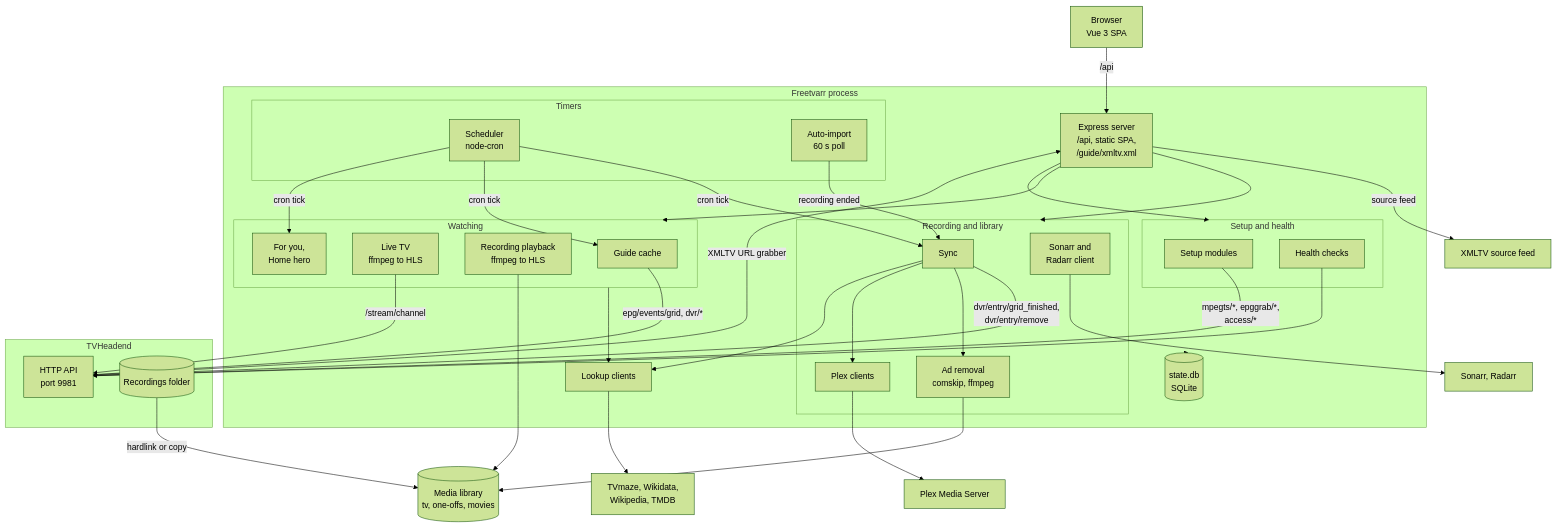
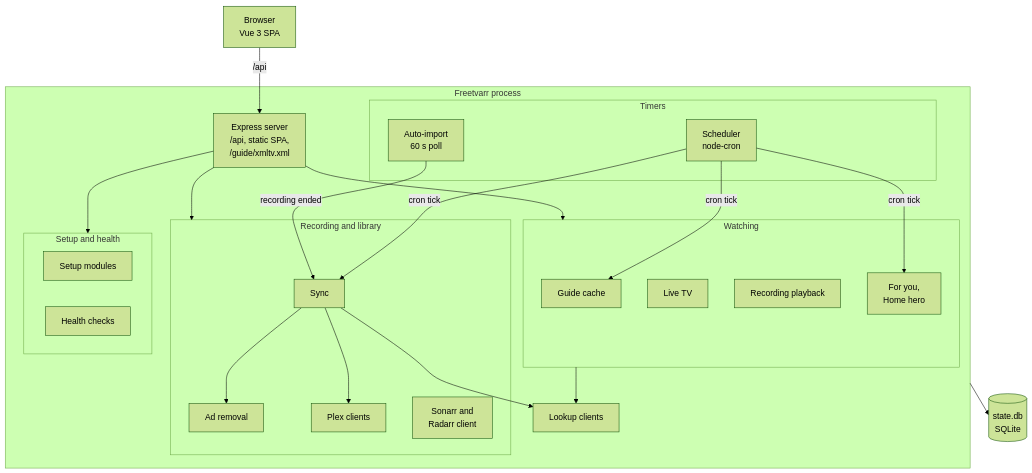
Before and after one commit to furey/freetvarr: the first of 9 diagrams in docs/DEEP_DIVE.md, drawn with Mermaid (forest theme). The commit also changed other lines of this file, not shown here.

Commit message:
Tightened the technical deep dive to the module map, data model, main flows, contracts, and limits, split the architecture diagram into modules and external data paths, and corrected the facts that failed a code check.

````diff
--- a/docs/DEEP_DIVE.md
+++ b/docs/DEEP_DIVE.md
@@ -40,67 +42,42 @@
 ```mermaid
 flowchart TB
   spa["Browser<br>Vue 3 SPA"]
-
   subgraph app["Freetvarr process"]
     server["Express server<br>/api, static SPA,<br>/guide/xmltv.xml"]
-    subgraph triggers["Timers"]
+    subgraph timers["Timers"]
       sched["Scheduler<br>node-cron"]
       auto["Auto-import<br>60 s poll"]
     end
-    subgraph core["Recording and library"]
+    subgraph library["Recording and library"]
       sync["Sync"]
-      ads["Ad removal<br>comskip, ffmpeg"]
+      ads["Ad removal"]
       plexc["Plex clients"]
       arrc["Sonarr and<br>Radarr client"]
     end
-    subgraph watch["Watching"]
+    subgraph watching["Watching"]
       guide["Guide cache"]
-      live["Live TV<br>ffmpeg to HLS"]
-      play["Recording playback<br>ffmpeg to HLS"]
+      live["Live TV"]
+      play["Recording playback"]
       fy["For you,<br>Home hero"]
     end
     subgraph ops["Setup and health"]
       setup["Setup modules"]
       health["Health checks"]
     end
     lookups["Lookup clients"]
-    db[("state.db<br>SQLite")]
   end
-
-  subgraph tvhost["TVHeadend"]
-    tvh["HTTP API<br>port 9981"]
-    rec[("Recordings folder")]
-  end
-  media[("Media library<br>tv, one-offs, movies")]
-  plex["Plex Media Server"]
-  arr["Sonarr, Radarr"]
-  xmltv["XMLTV source feed"]
-  external["TVmaze, Wikidata,<br>Wikipedia, TMDB"]
-
+  db[("state.db<br>SQLite")]
   spa -->|"/api"| server
-  server --> core
-  server --> watch
+  server --> library
+  server --> watching
   server --> ops
   sched -->|"cron tick"| sync
   sched -->|"cron tick"| guide
   sched -->|"cron tick"| fy
   auto -->|"recording ended"| sync
-  sync -->|"dvr/entry/grid_finished,<br>dvr/entry/remove"| tvh
   sync --> ads
   sync --> plexc
-  rec -->|"hardlink or copy"| media
-  ads --> media
-  plexc --> plex
-  arrc --> arr
-  guide -->|"epg/events/grid, dvr/*"| tvh
-  live -->|"/stream/channel"| tvh
-  play --> media
-  setup -->|"mpegts/*, epggrab/*,<br>access/*"| tvh
-  tvh -->|"XMLTV URL grabber"| server
-  server -->|"source feed"| xmltv
   sync --> lookups
-  watch --> lookups
-  health --> tvh
-  lookups --> external
+  watching --> lookups
   app --> db
 ```
````
